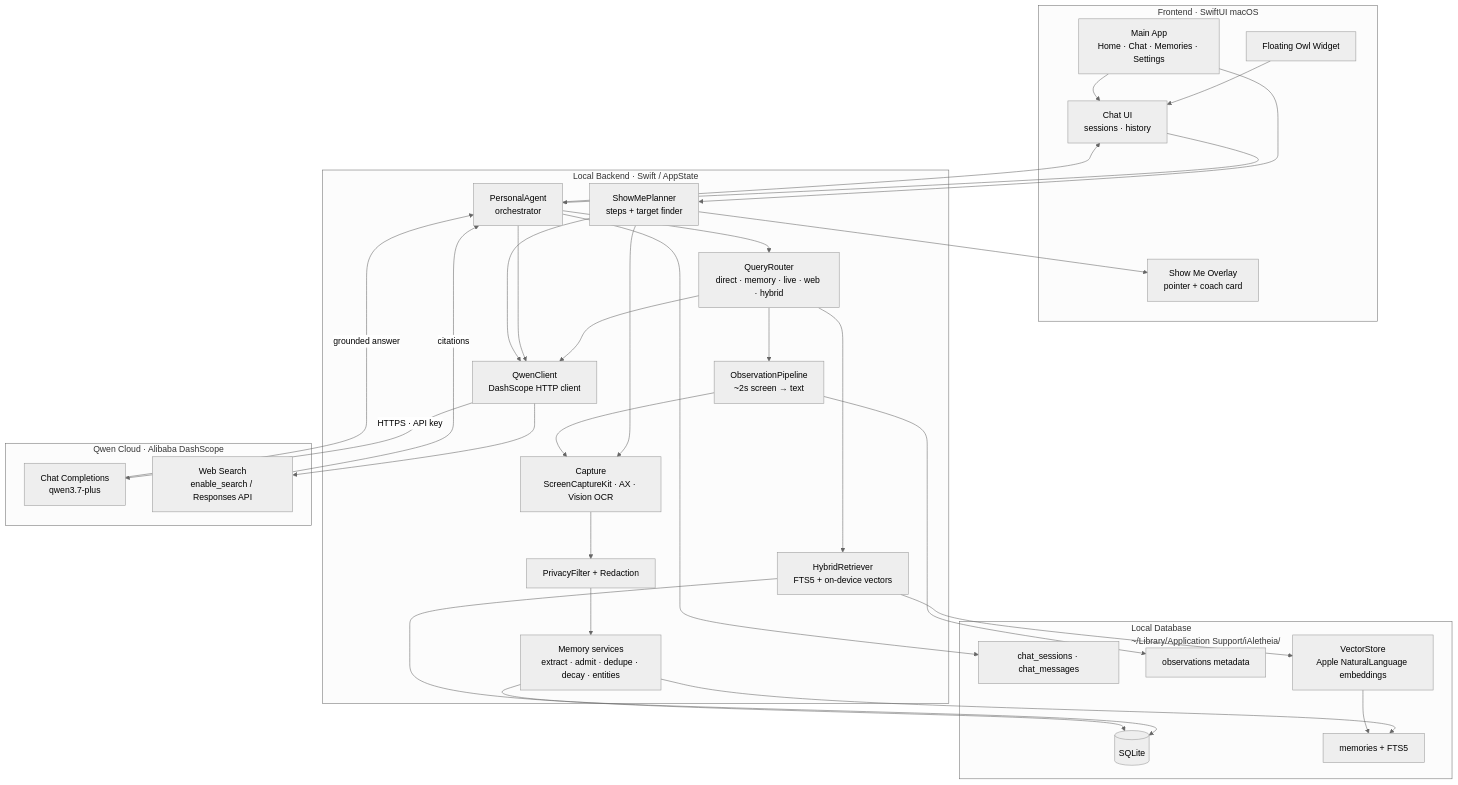
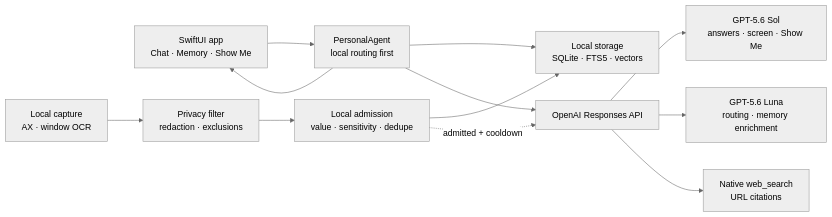
One commit to vnmrsharma/iAletheia changed the diagram in README.md. Above: the diagram before and after it, drawn with Mermaid (neutral theme). The commit also changed other lines of this file and 26 other files, not shown here.

Commit message:
Added the OpenAI Support for GPT models and replaced Qwen

````diff
--- a/README.md
+++ b/README.md
@@ -119,66 +22,23 @@
 ```mermaid
-flowchart TB
-    subgraph Frontend["Frontend · SwiftUI macOS"]
-        Owl["Floating Owl Widget"]
-        Main["Main App<br/>Home · Chat · Memories · Settings"]
-        ShowMeUI["Show Me Overlay<br/>pointer + coach card"]
-        ChatUI["Chat UI<br/>sessions · history"]
-    end
+flowchart LR
+    UI["SwiftUI app<br/>Chat · Memory · Show Me"]
+    Capture["Local capture<br/>AX · window OCR"]
+    Privacy["Privacy filter<br/>redaction · exclusions"]
+    Admission["Local admission<br/>value · sensitivity · dedupe"]
+    Storage["Local storage<br/>SQLite · FTS5 · vectors"]
+    Agent["PersonalAgent<br/>local routing first"]
+    API["OpenAI Responses API"]
+    Sol["GPT-5.6 Sol<br/>answers · screen · Show Me"]
+    Luna["GPT-5.6 Luna<br/>routing · memory enrichment"]
+    Web["Native web_search<br/>URL citations"]
 
-    subgraph Backend["Local Backend · Swift / AppState"]
-        Agent["PersonalAgent<br/>orchestrator"]
-        Router["QueryRouter<br/>direct · memory · live · web · hybrid"]
-        Observe["ObservationPipeline<br/>~2s screen → text"]
-        Capture["Capture<br/>ScreenCaptureKit · AX · Vision OCR"]
-        Privacy["PrivacyFilter + Redaction"]
-        MemorySvc["Memory services<br/>extract · admit · dedupe · decay · entities"]
-        Retrieve["HybridRetriever<br/>FTS5 + on-device vectors"]
-        ShowMe["ShowMePlanner<br/>steps + target finder"]
-        QwenClient["QwenClient<br/>DashScope HTTP client"]
-    end
-
-    subgraph Database["Local Database<br/>~/Library/Application Support/iAletheia/"]
-        SQLite[("SQLite")]
-        Mem["memories + FTS5"]
-        ChatDB["chat_sessions · chat_messages"]
-        Obs["observations metadata"]
-        Vec["VectorStore<br/>Apple NaturalLanguage embeddings"]
-    end
-
-    subgraph QwenCloud["Qwen Cloud · Alibaba DashScope"]
-        ChatAPI["Chat Completions<br/>qwen3.7-plus"]
-        Search["Web Search<br/>enable_search / Responses API"]
-    end
-
-    Owl --> ChatUI
-    Main --> ChatUI
-    ChatUI --> Agent
-    Main --> ShowMe
-    ShowMe --> ShowMeUI
-
-    Agent --> Router
-    Router --> Retrieve
-    Router --> Observe
-    Router --> QwenClient
-    Agent --> QwenClient
-    ShowMe --> QwenClient
-    ShowMe --> Capture
-
-    Observe --> Capture
-    Capture --> Privacy
-    Privacy --> MemorySvc
-    MemorySvc --> SQLite
-    Retrieve --> SQLite
-    Retrieve --> Vec
-    Agent --> ChatDB
-    MemorySvc --> Mem
-    Observe --> Obs
-    Vec --> Mem
-
-    QwenClient -->|"HTTPS · API key"| ChatAPI
-    QwenClient --> Search
-
-    ChatAPI -->|"grounded answer"| Agent
-    Search -->|"citations"| Agent
-    Agent --> ChatUI
+    Capture --> Privacy --> Admission --> Storage
+    UI --> Agent
+    Agent --> Storage
+    Agent --> API
+    Admission -. "admitted + cooldown" .-> API
+    API --> Sol
+    API --> Luna
+    API --> Web
+    Agent --> UI
 ```
````
